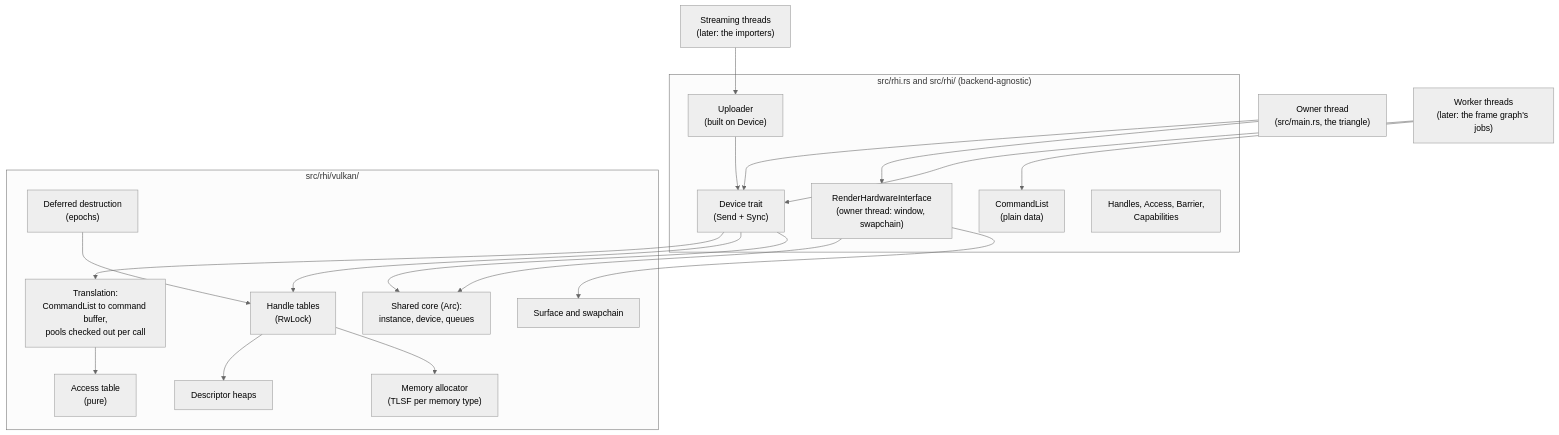
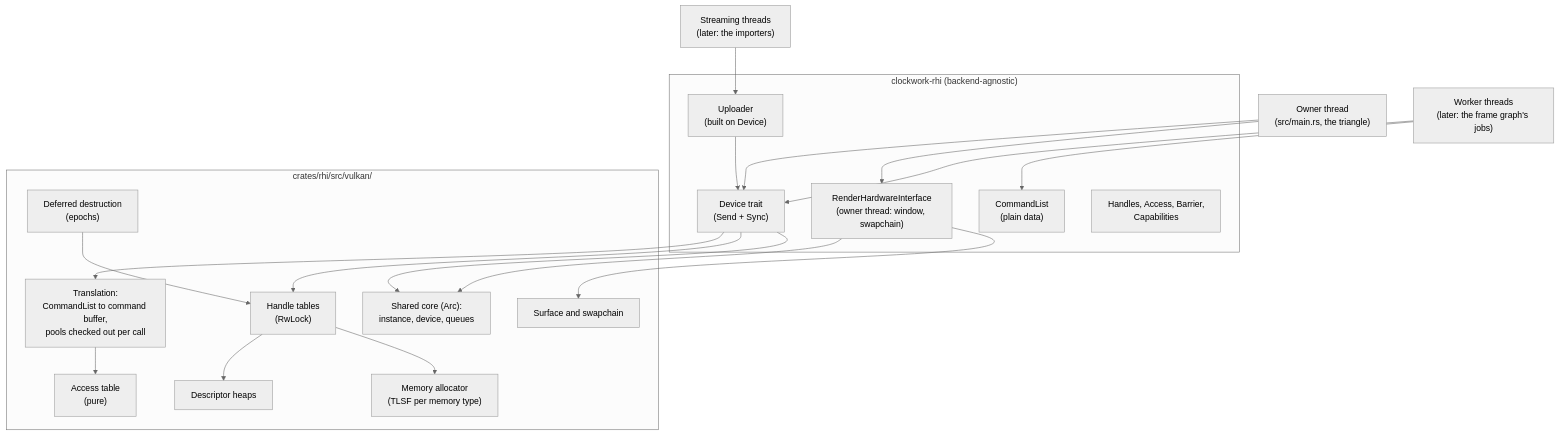
Before and after one commit to r-potter/clockwork: the diagram in docs/design/0002-rhi.md, drawn with Mermaid (neutral theme). The commit also changed other lines of this file and 69 other files, not shown here.

````diff
--- a/docs/design/0002-rhi.md
+++ b/docs/design/0002-rhi.md
@@ -87,38 +87,38 @@
 ```mermaid
 flowchart TD
     main["Owner thread<br/>(src/main.rs, the triangle)"]
     workers["Worker threads<br/>(later: the frame graph's jobs)"]
     loader["Streaming threads<br/>(later: the importers)"]
-    subgraph rhi["src/rhi.rs and src/rhi/ (backend-agnostic)"]
+    subgraph rhi["clockwork-rhi (backend-agnostic)"]
         rhitrait["RenderHardwareInterface<br/>(owner thread: window, swapchain)"]
         device["Device trait<br/>(Send + Sync)"]
         list["CommandList<br/>(plain data)"]
         uploader["Uploader<br/>(built on Device)"]
         access["Handles, Access, Barrier,<br/>Capabilities"]
     end
-    subgraph vk["src/rhi/vulkan/"]
+    subgraph vk["crates/rhi/src/vulkan/"]
         core["Shared core (Arc):<br/>instance, device, queues"]
         table["Handle tables<br/>(RwLock)"]
         alloc["Memory allocator<br/>(TLSF per memory type)"]
         heaps["Descriptor heaps"]
         translate["Translation:<br/>CommandList to command buffer,<br/>pools checked out per call"]
         synctable["Access table<br/>(pure)"]
         deferred["Deferred destruction<br/>(epochs)"]
         swapchain["Surface and swapchain"]
     end
     main --> rhitrait
     main --> device
     workers --> list
     workers --> device
     loader --> uploader
     uploader --> device
     rhitrait --> swapchain
     rhitrait --> core
     device --> core
     device --> table
     device --> translate
     translate --> synctable
     table --> alloc
     table --> heaps
     deferred --> table
 ```
````
